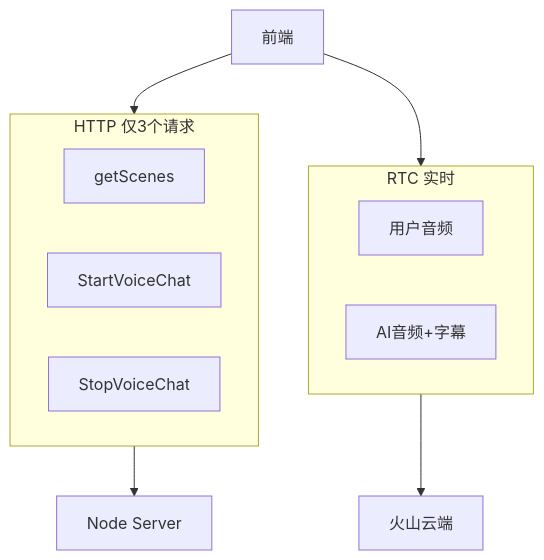
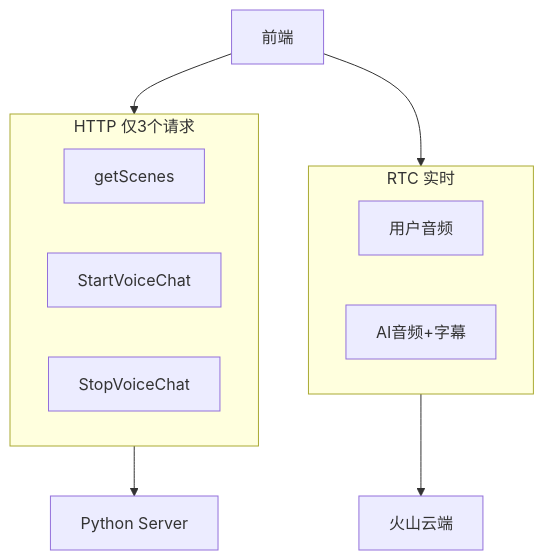
Before and after one commit to lixiaoqiang1/ark_aigc_demo-main: the first of 3 diagrams in doc/04-对话流程与学习路线.md, drawn with Mermaid. The commit also changed other lines of this file and 14 other files, not shown here.

````diff
--- a/doc/04-对话流程与学习路线.md
+++ b/doc/04-对话流程与学习路线.md
@@ -16,14 +16,14 @@
 ```mermaid
 flowchart TB
     subgraph http [HTTP 仅3个请求]
         GS[getScenes]
         START[StartVoiceChat]
         STOP[StopVoiceChat]
     end
     subgraph rtc [RTC 实时]
         AUDIO[用户音频]
         AI[AI音频+字幕]
     end
-    FE[前端] --> http --> Node[Node Server]
+    FE[前端] --> http --> Py[Python Server]
     FE --> rtc --> Cloud[火山云端]
 ```
````
